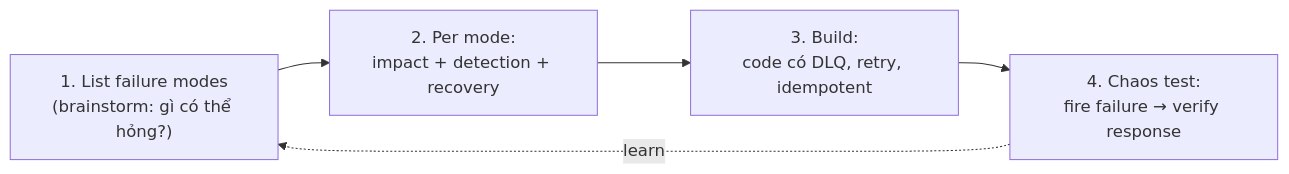
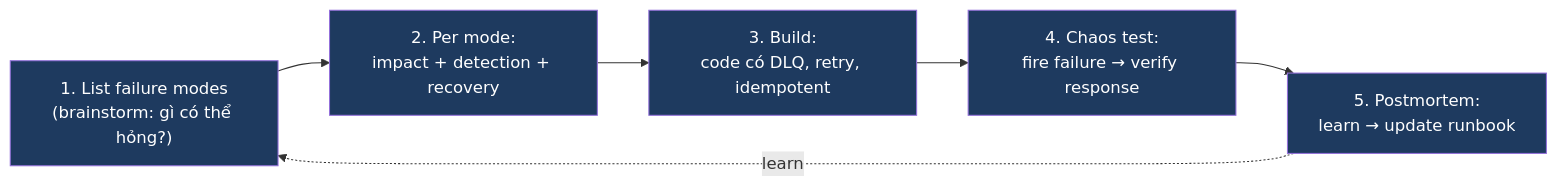
The second of 5 diagrams in learning/00-mental-models/05-failure-as-feature.md (ankinguyen-engineer-2002/realtime-data-ai-platform-digital-twin), drawn with Mermaid before and after one commit. The commit also changed other lines of this file, not shown here.

First line of the commit message:
docs(learning): F00/05 Failure as feature rewritten v2 university-grade

````diff
--- a/learning/00-mental-models/05-failure-as-feature.md
+++ b/learning/00-mental-models/05-failure-as-feature.md
@@ -98,7 +235,13 @@
 ```mermaid
 flowchart LR
-    S1["1. List failure modes<br/>(brainstorm: gì có thể hỏng?)"] --> S2["2. Per mode:<br/>impact + detection + recovery"]
-    S2 --> S3["3. Build:<br/>code có DLQ, retry, idempotent"]
-    S3 --> S4["4. Chaos test:<br/>fire failure → verify response"]
-    S4 -. learn .-> S1
+    classDef step fill:#1e3a5f,color:#fff
+
+    S1["1. List failure modes<br/>(brainstorm: gì có thể hỏng?)"]:::step
+    S2["2. Per mode:<br/>impact + detection + recovery"]:::step
+    S3["3. Build:<br/>code có DLQ, retry, idempotent"]:::step
+    S4["4. Chaos test:<br/>fire failure → verify response"]:::step
+    S5["5. Postmortem:<br/>learn → update runbook"]:::step
+
+    S1 --> S2 --> S3 --> S4 --> S5
+    S5 -. learn .-> S1
 ```
````
